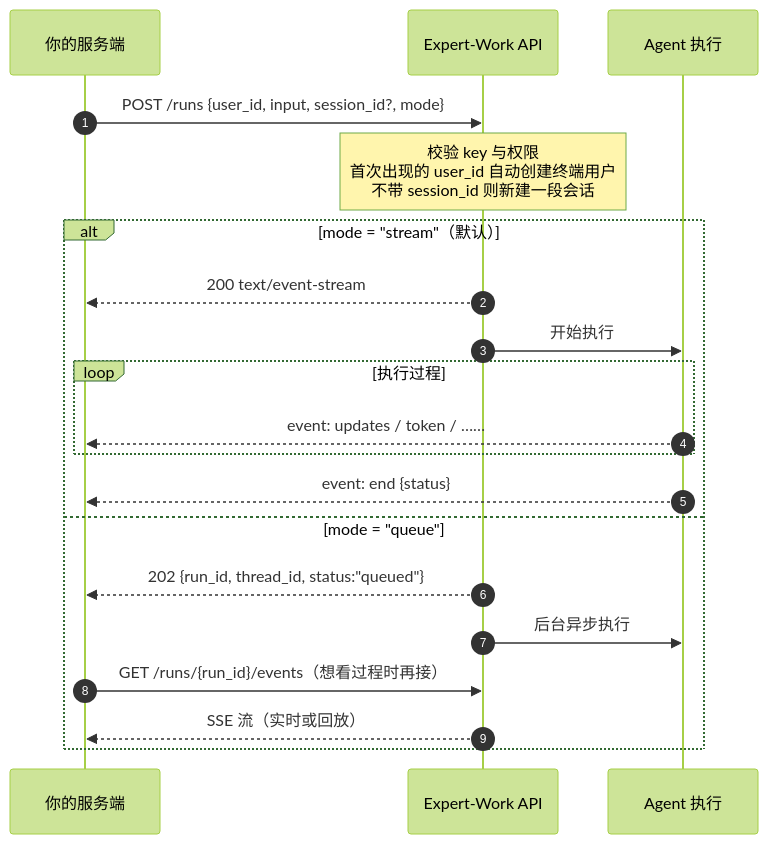
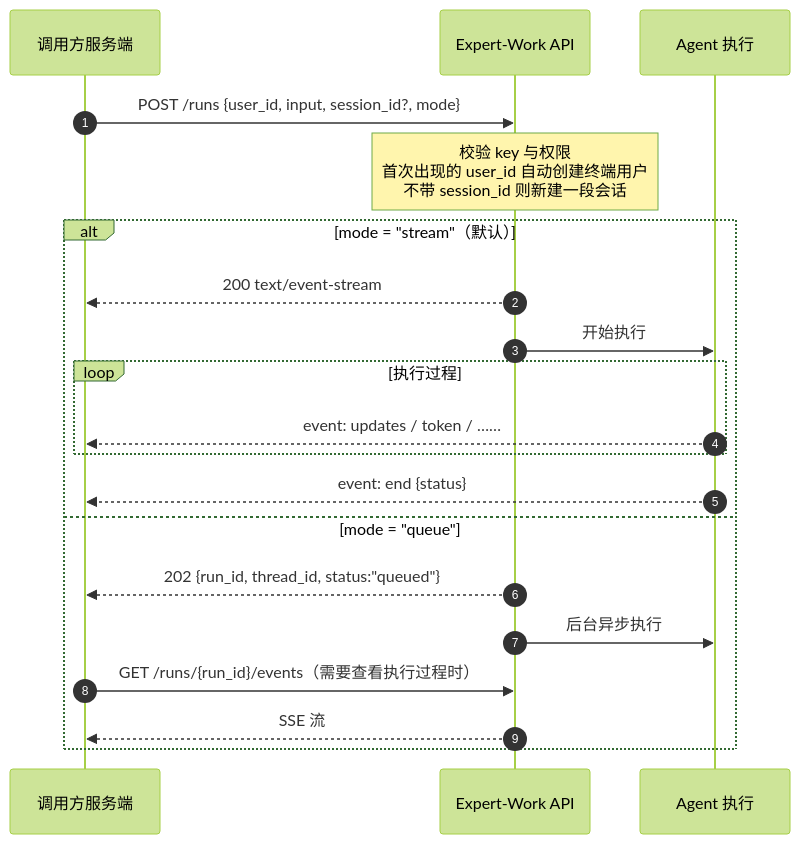
One commit to deepaihealth/expert-work changed the first of 3 diagrams in apps/admin-ui/docs-site/guide/chat.md. Above: the diagram before and after it, drawn with Mermaid (forest theme). The commit also changed other lines of this file and 2 other files, not shown here.

````diff
--- a/apps/admin-ui/docs-site/guide/chat.md
+++ b/apps/admin-ui/docs-site/guide/chat.md
@@ -11,24 +11,24 @@
 ```mermaid
 sequenceDiagram
     autonumber
-    participant S as 你的服务端
+    participant S as 调用方服务端
     participant E as Expert-Work API
     participant A as Agent 执行
 
     S->>E: POST /runs {user_id, input, session_id?, mode}
     Note over E: 校验 key 与权限<br/>首次出现的 user_id 自动创建终端用户<br/>不带 session_id 则新建一段会话
 
     alt mode = "stream"（默认）
         E-->>S: 200 text/event-stream
         E->>A: 开始执行
         loop 执行过程
             A-->>S: event: updates / token / ……
         end
         A-->>S: event: end {status}
     else mode = "queue"
         E-->>S: 202 {run_id, thread_id, status:"queued"}
         E->>A: 后台异步执行
-        S->>E: GET /runs/{run_id}/events（想看过程时再接）
-        E-->>S: SSE 流（实时或回放）
+        S->>E: GET /runs/{run_id}/events（需要查看执行过程时）
+        E-->>S: SSE 流
     end
 ```
````
